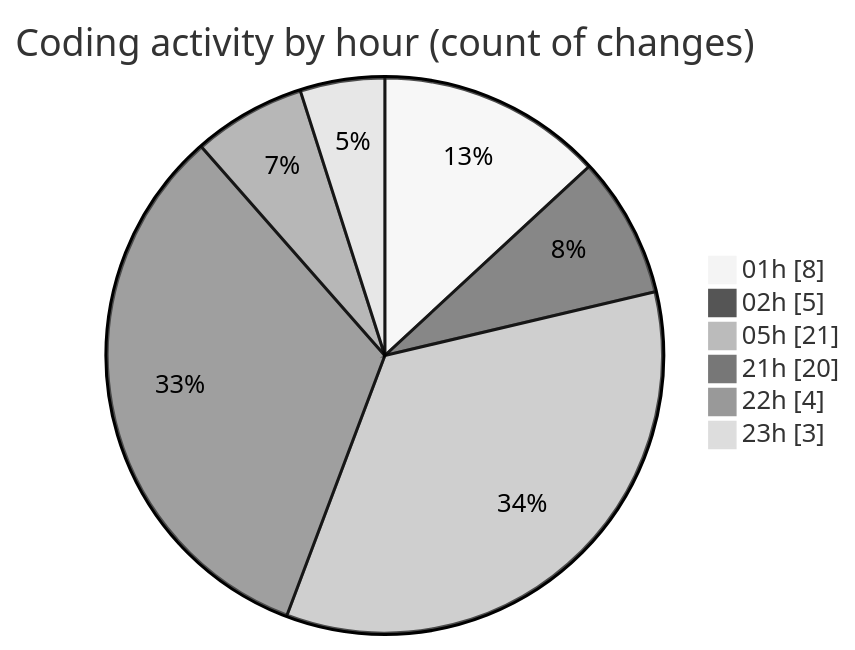
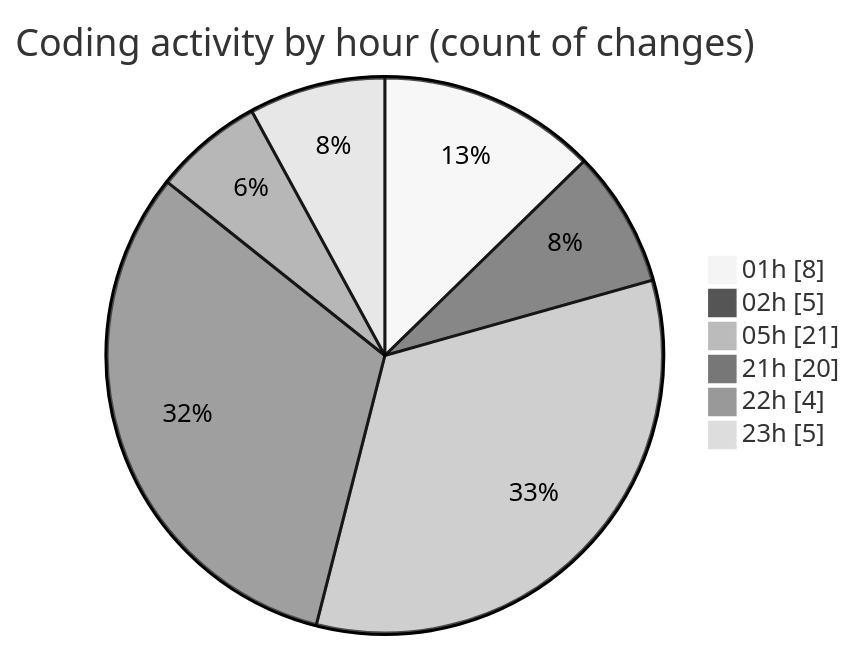
The second of 2 diagrams in 2025-11-21/eventscop-api-guide__workspace_/README.md (julien-gomy/code-tracking), drawn with Mermaid (neutral theme) before and after one commit. The commit also changed other lines of this file and 1 other file, not shown here.

````diff
--- a/2025-11-21/eventscop-api-guide__workspace_/README.md
+++ b/2025-11-21/eventscop-api-guide__workspace_/README.md
@@ -48,10 +48,10 @@
 ```mermaid
 pie showData
 title Coding activity by hour (count of changes)
 "01h" : 8
 "02h" : 5
 "05h" : 21
 "21h" : 20
 "22h" : 4
-"23h" : 3
+"23h" : 5
 ```
````
